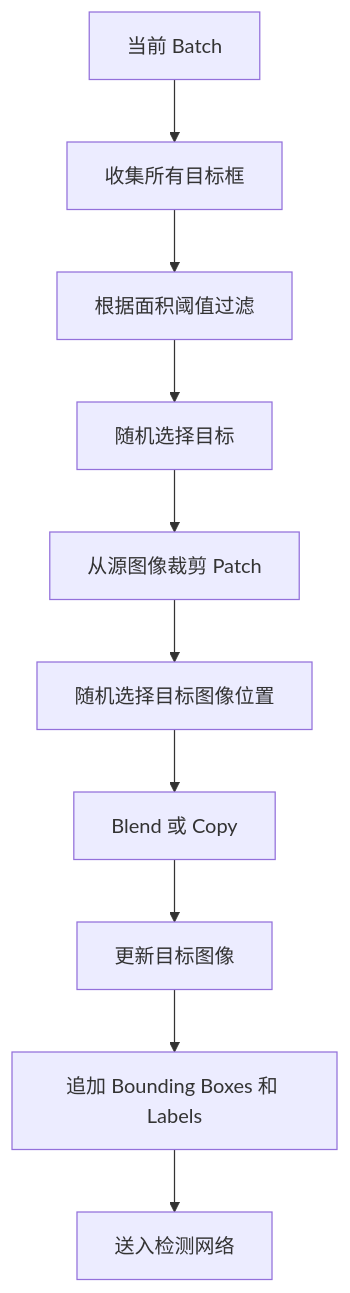
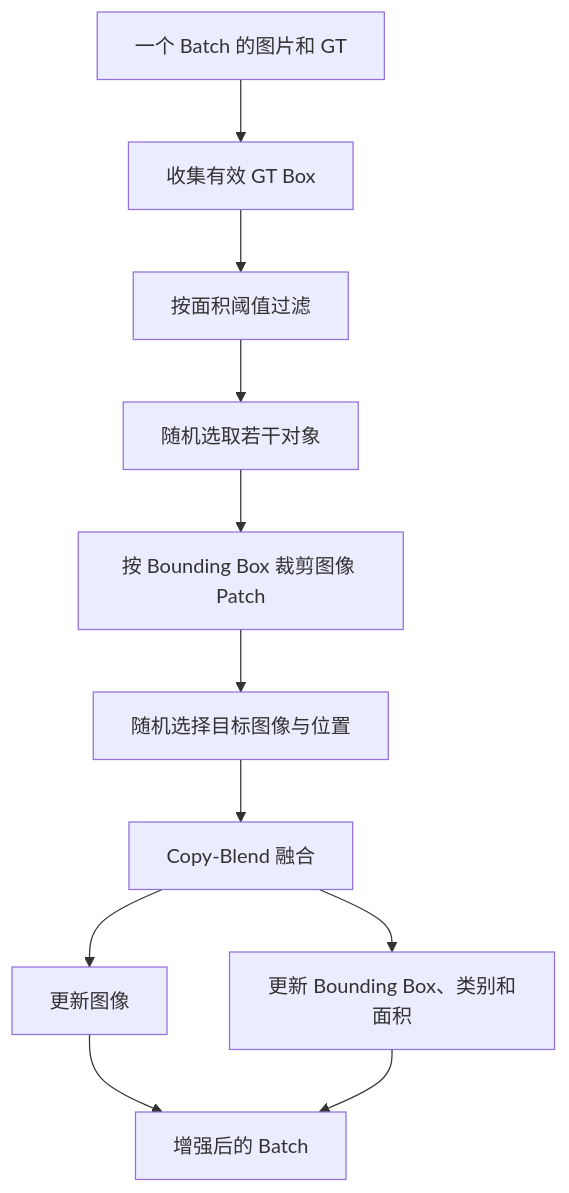
One commit to zhanghuiwan/knowledge-base changed the fifth of 6 diagrams in website/articles/deimv2/index.md. Above: the diagram before and after it, drawn with Mermaid. The commit also changed other lines of this file, not shown here.

```diff
--- a/website/articles/deimv2/index.md
+++ b/website/articles/deimv2/index.md
@@ -930,12 +981,13 @@
 ~~~mermaid
 flowchart TD
-    A["当前 Batch"] --> B["收集所有目标框"]
-    B --> C["根据面积阈值过滤"]
-    C --> D["随机选择目标"]
-    D --> E["从源图像裁剪 Patch"]
-    E --> F["随机选择目标图像位置"]
-    F --> G["Blend 或 Copy"]
-    G --> H["更新目标图像"]
-    H --> I["追加 Bounding Boxes 和 Labels"]
-    I --> J["送入检测网络"]
+    A["一个 Batch 的图片和 GT"] --> B["收集有效 GT Box"]
+    B --> C["按面积阈值过滤"]
+    C --> D["随机选取若干对象"]
+    D --> E["按 Bounding Box 裁剪图像 Patch"]
+    E --> F["随机选择目标图像与位置"]
+    F --> G["Copy-Blend 融合"]
+    G --> H["更新图像"]
+    G --> I["更新 Bounding Box、类别和面积"]
+    H --> J["增强后的 Batch"]
+    I --> J
 ~~~
```
